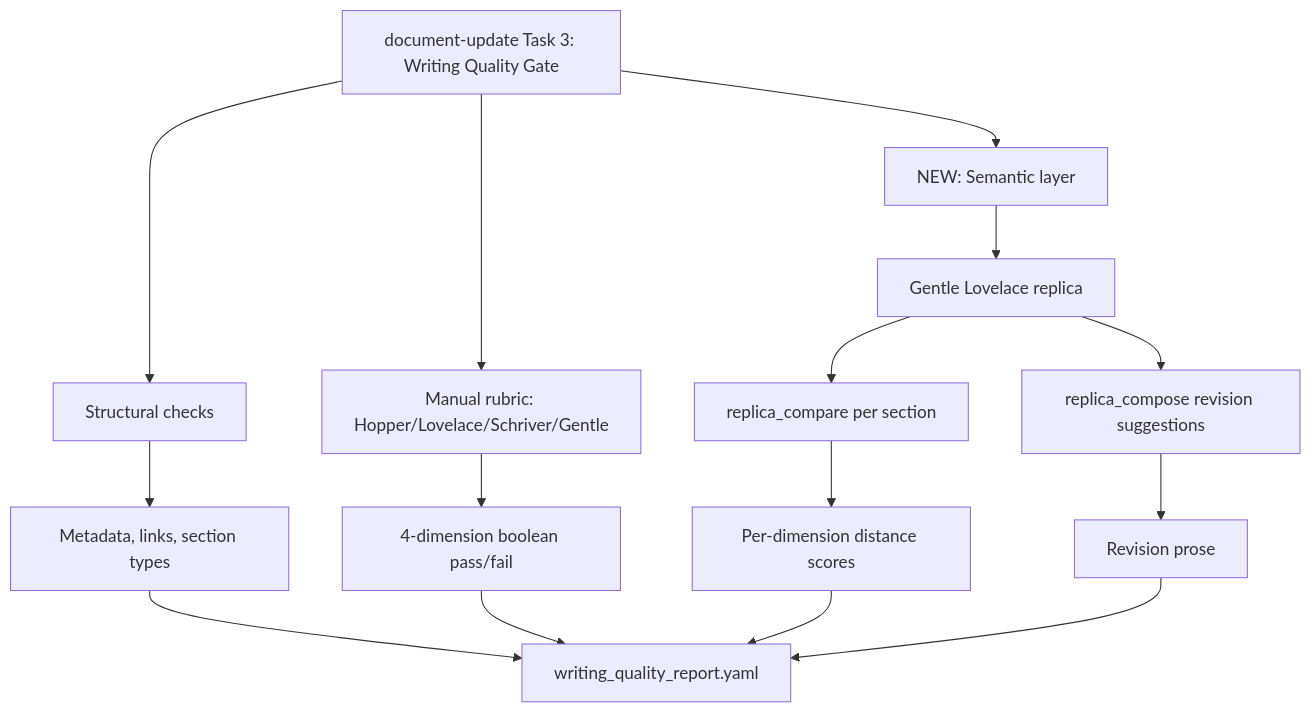
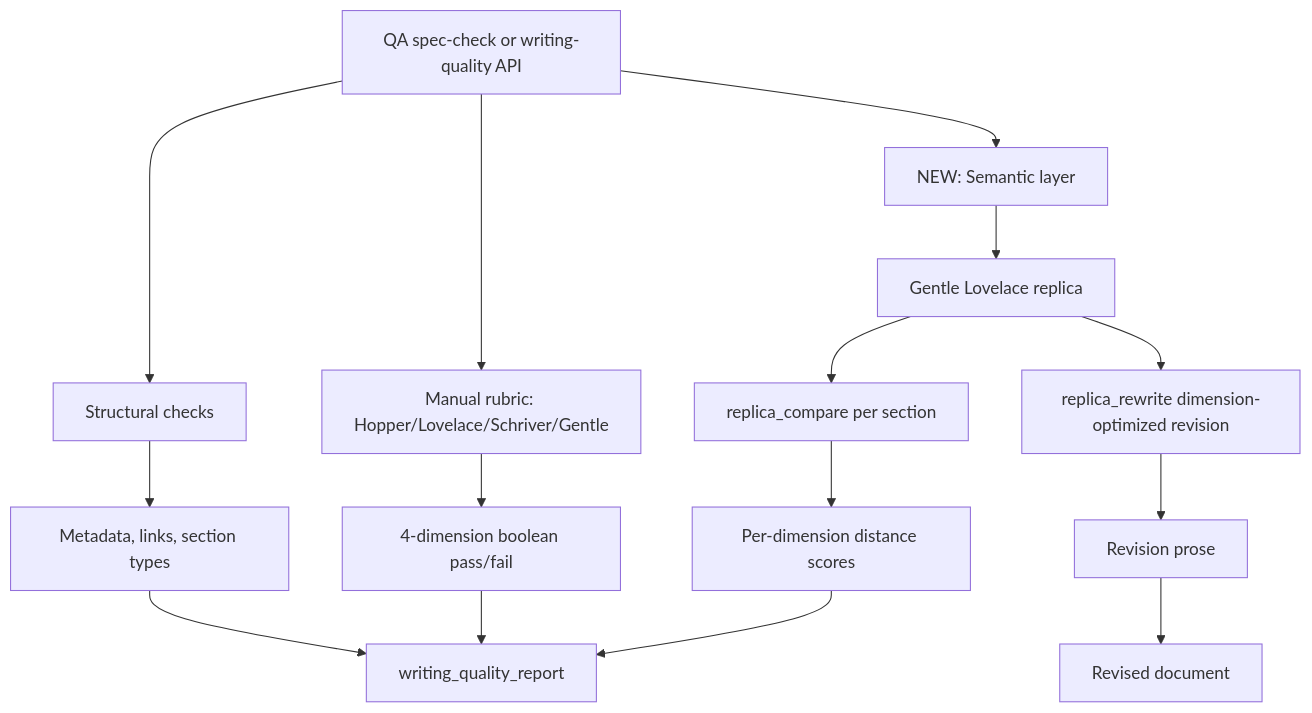
The third of 4 diagrams in docs/specifications/gentle-lovelace-specification.md (mdz-axo/hKask), drawn with Mermaid before and after one commit. The commit also changed other lines of this file and 28 other files, not shown here.

````diff
--- a/docs/specifications/gentle-lovelace-specification.md
+++ b/docs/specifications/gentle-lovelace-specification.md
@@ -172,17 +174,17 @@
 ```mermaid
 flowchart TD
-    A[document-update Task 3: Writing Quality Gate] --> B[Structural checks]
+    A[QA spec-check or writing-quality API] --> B[Structural checks]
     A --> C[Manual rubric: Hopper/Lovelace/Schriver/Gentle]
     A --> D[NEW: Semantic layer]
     B --> E[Metadata, links, section types]
     C --> F[4-dimension boolean pass/fail]
     D --> G[Gentle Lovelace replica]
     G --> H[replica_compare per section]
-    G --> I[replica_compose revision suggestions]
+    G --> I[replica_rewrite dimension-optimized revision]
     H --> J[Per-dimension distance scores]
     I --> K[Revision prose]
-    E --> L[writing_quality_report.yaml]
+    E --> L[writing_quality_report]
     F --> L
     J --> L
-    K --> L
+    K --> M[Revised document]
 ```
````
